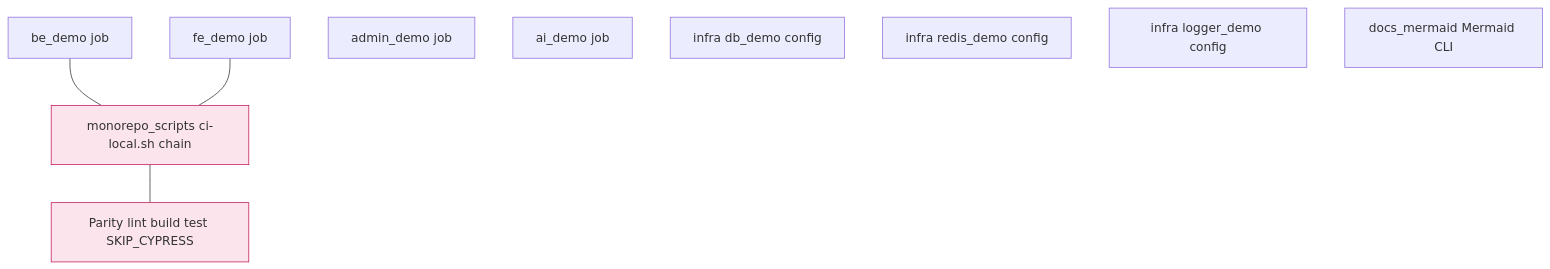
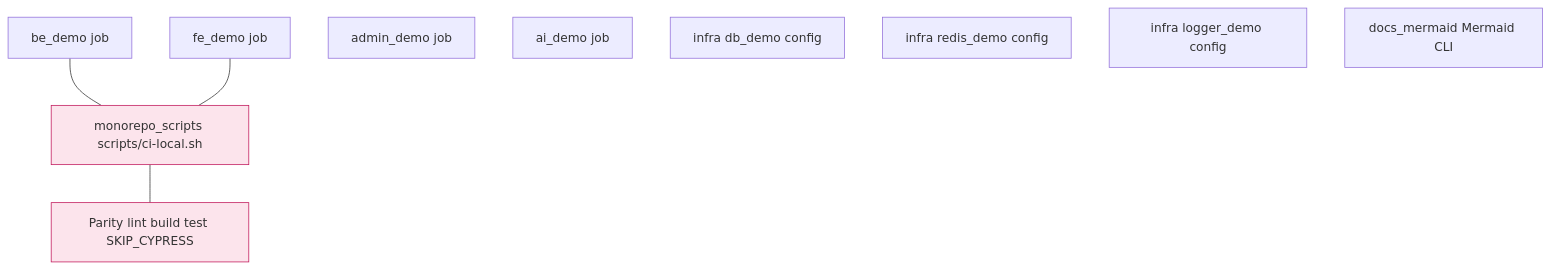
One commit to 01laky/mfai_demo changed the third of 6 diagrams in docs/guides/development.md. Above: the diagram before and after it, drawn with Mermaid. The commit also changed other lines of this file and 28 other files, not shown here.

````diff
--- a/docs/guides/development.md
+++ b/docs/guides/development.md
@@ -141,19 +141,19 @@
 ```mermaid
 flowchart TB
   BEJ[be_demo job]
   FEJ[fe_demo job]
   ADJ[admin_demo job]
   AIJ[ai_demo job]
   DBJ[infra db_demo config]
   RDJ[infra redis_demo config]
   LGJ[infra logger_demo config]
   DOCSJ[docs_mermaid Mermaid CLI]
-  MONO[monorepo_scripts ci-local.sh chain]
+  MONO[monorepo_scripts scripts/ci-local.sh]
   PARITY[Parity lint build test SKIP_CYPRESS]
   BEJ --- MONO
   FEJ --- MONO
   MONO --- PARITY
 
   classDef queueFill fill:#fce4ec,stroke:#c2185b
   class MONO,PARITY queueFill
 ```
````
